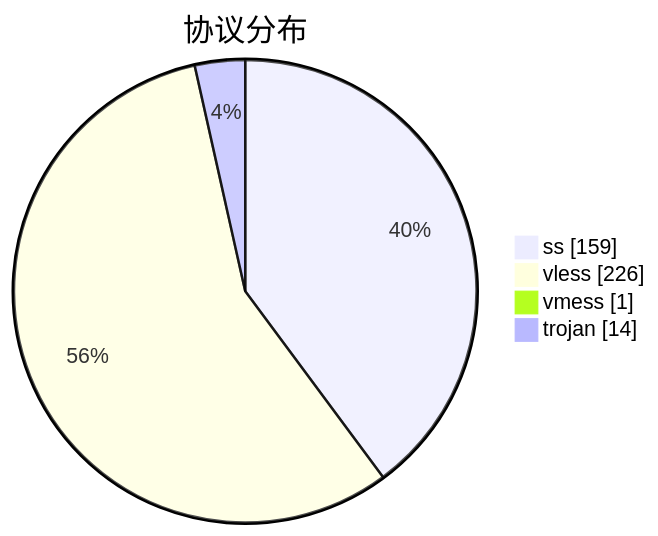
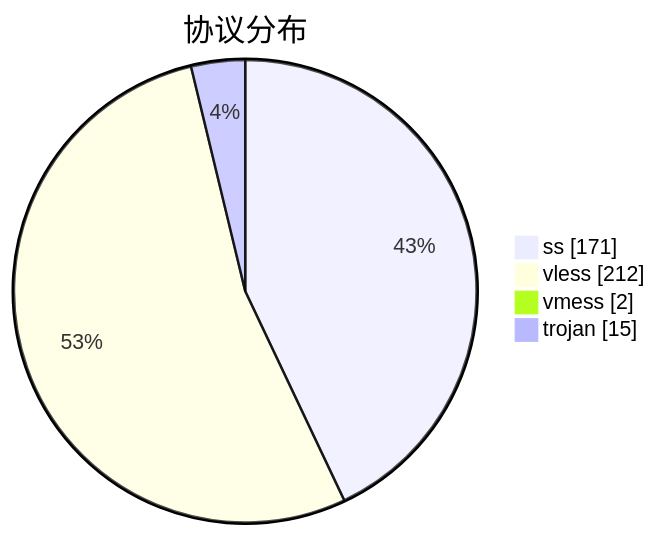
One commit to qjlxg/airport changed the third of 3 diagrams in subs/statistics/tested_within.md. Above: the diagram before and after it, drawn with Mermaid. The commit also changed other lines of this file and 2 other files, not shown here.

````diff
--- a/subs/statistics/tested_within.md
+++ b/subs/statistics/tested_within.md
@@ -37,8 +37,8 @@
 ```mermaid
 pie showData
 title 协议分布
-"ss" : 159
-"vless" : 226
-"vmess" : 1
-"trojan" : 14
+"ss" : 171
+"vless" : 212
+"vmess" : 2
+"trojan" : 15
 ```
````
